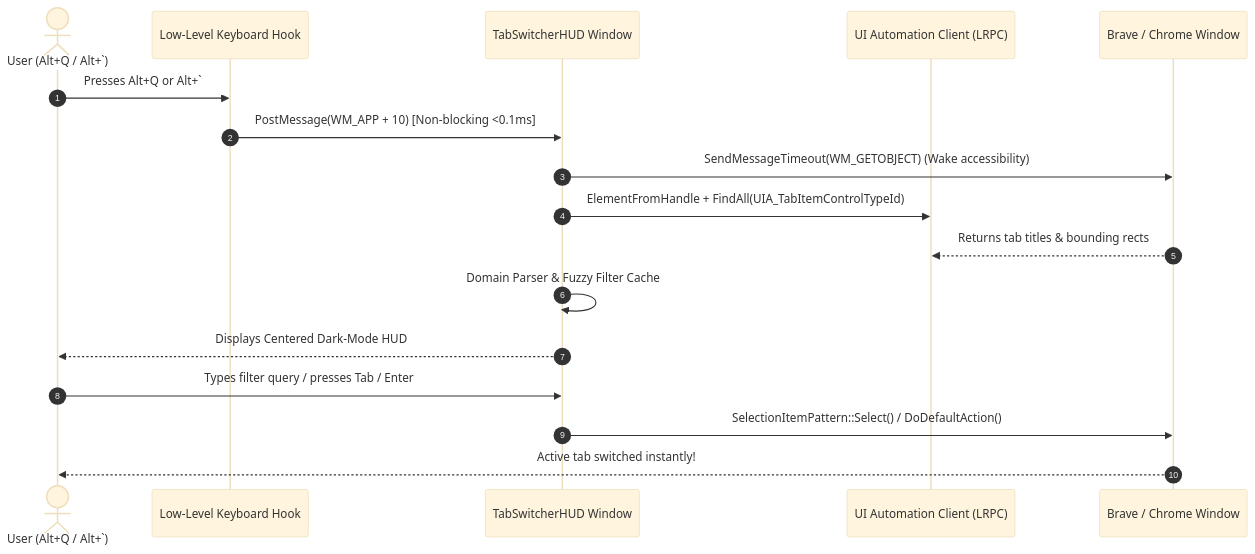
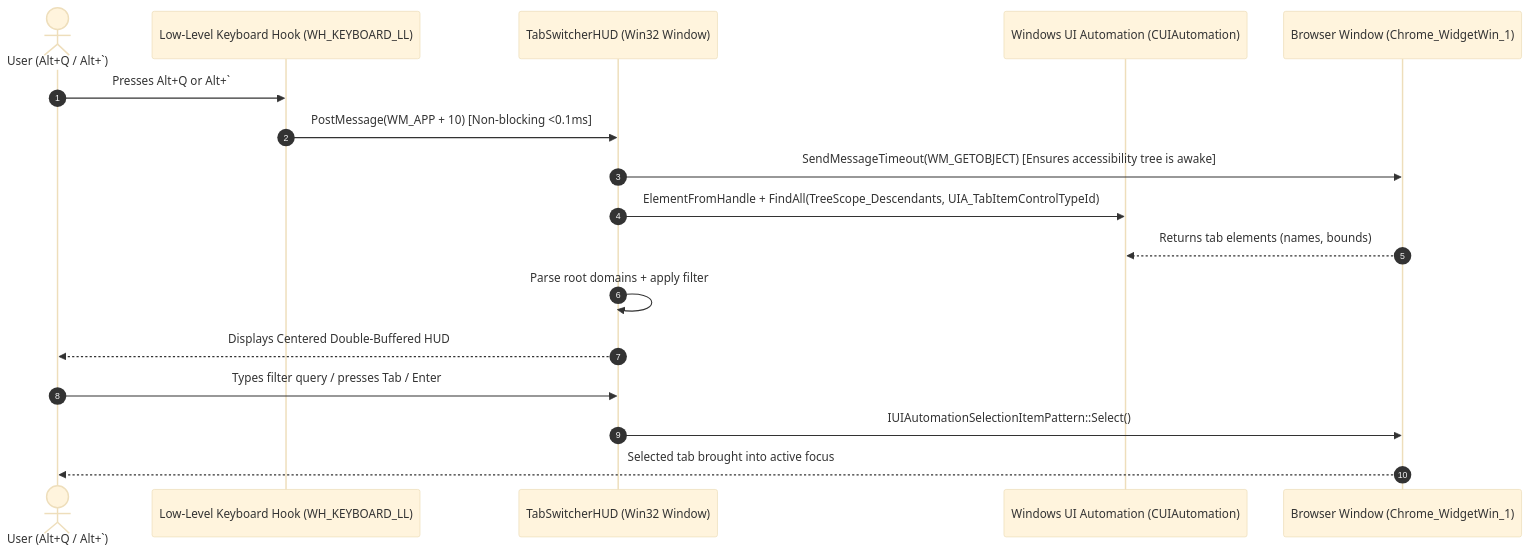
Before and after one commit to Dszae/AltTabs: the diagram in README.md, drawn with Mermaid (base theme). The commit also changed other lines of this file and 4 other files, not shown here.

````diff
--- a/README.md
+++ b/README.md
@@ -118,20 +155,20 @@
 ```mermaid
 sequenceDiagram
     autonumber
     actor User as User (Alt+Q / Alt+`)
-    participant Hook as Low-Level Keyboard Hook
-    participant HUD as TabSwitcherHUD Window
-    participant UIA as UI Automation Client (LRPC)
-    participant Browser as Brave / Chrome Window
+    participant Hook as Low-Level Keyboard Hook (WH_KEYBOARD_LL)
+    participant HUD as TabSwitcherHUD (Win32 Window)
+    participant UIA as Windows UI Automation (CUIAutomation)
+    participant Browser as Browser Window (Chrome_WidgetWin_1)
 
     User->>Hook: Presses Alt+Q or Alt+`
     Hook->>HUD: PostMessage(WM_APP + 10) [Non-blocking <0.1ms]
-    HUD->>Browser: SendMessageTimeout(WM_GETOBJECT) (Wake accessibility)
-    HUD->>UIA: ElementFromHandle + FindAll(UIA_TabItemControlTypeId)
-    Browser-->>UIA: Returns tab titles & bounding rects
-    HUD->>HUD: Domain Parser & Fuzzy Filter Cache
-    HUD-->>User: Displays Centered Dark-Mode HUD
+    HUD->>Browser: SendMessageTimeout(WM_GETOBJECT) [Ensures accessibility tree is awake]
+    HUD->>UIA: ElementFromHandle + FindAll(TreeScope_Descendants, UIA_TabItemControlTypeId)
+    Browser-->>UIA: Returns tab elements (names, bounds)
+    HUD->>HUD: Parse root domains + apply filter
+    HUD-->>User: Displays Centered Double-Buffered HUD
     User->>HUD: Types filter query / presses Tab / Enter
-    HUD->>Browser: SelectionItemPattern::Select() / DoDefaultAction()
-    Browser-->>User: Active tab switched instantly!
+    HUD->>Browser: IUIAutomationSelectionItemPattern::Select()
+    Browser-->>User: Selected tab brought into active focus
 ```
````
